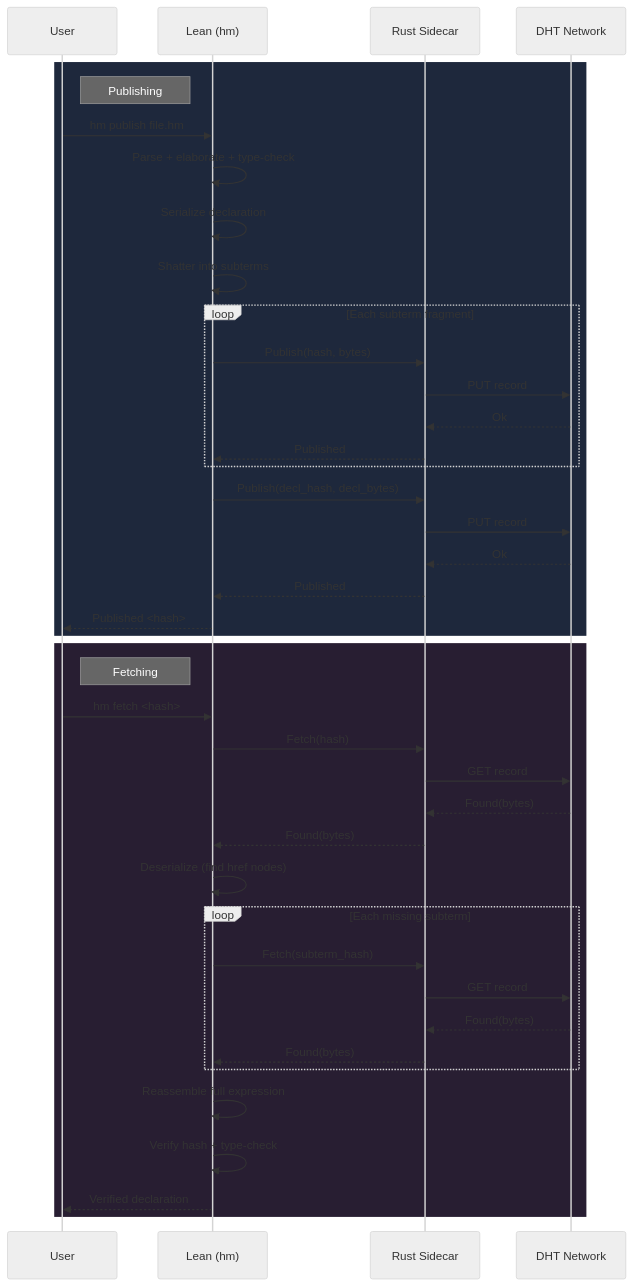
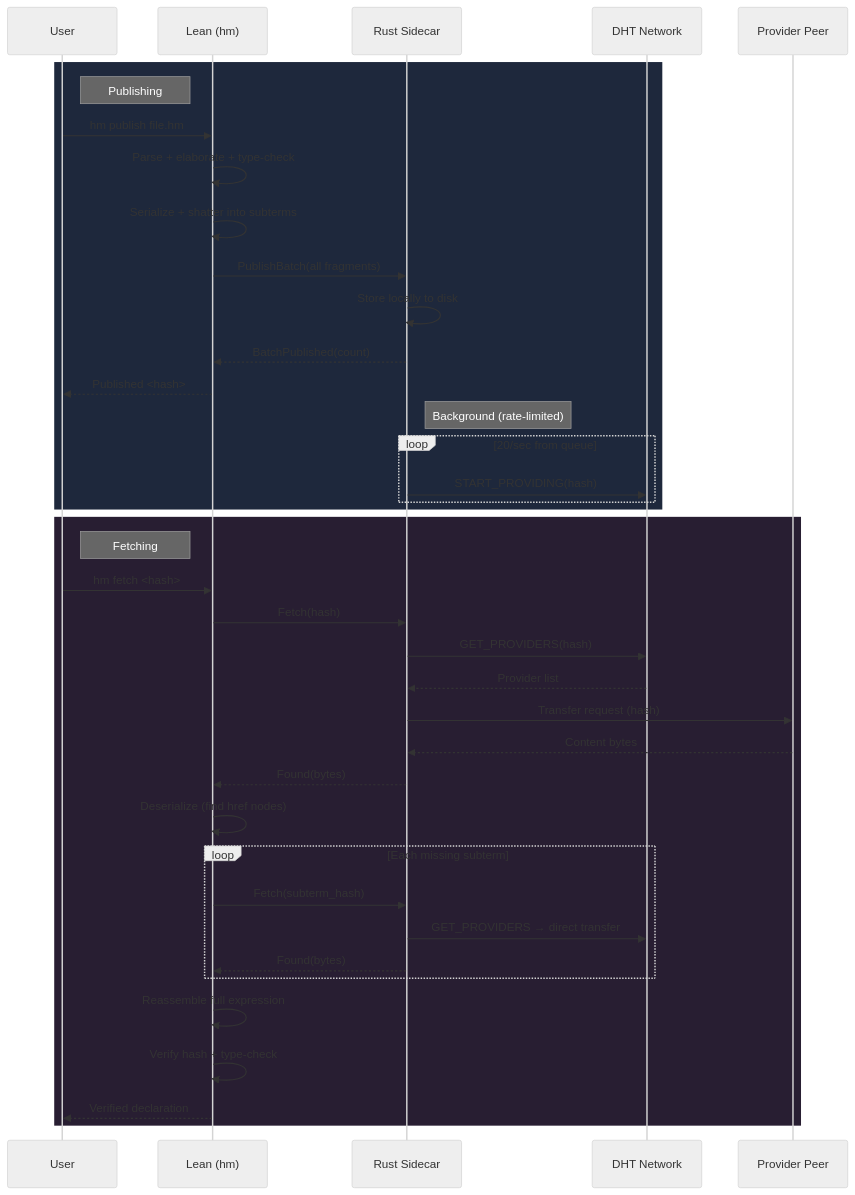
The fourth of 5 diagrams in README.md (SamuelSchlesinger/HashMath), drawn with Mermaid (neutral theme) before and after one commit. The commit also changed other lines of this file and 15 other files, not shown here.

First line of the commit message:
Switch DHT from full-record storage to provider records + direct transfer

````diff
--- a/README.md
+++ b/README.md
@@ -219,45 +235,43 @@
 ```mermaid
 sequenceDiagram
     participant U as User
     participant L as Lean (hm)
     participant R as Rust Sidecar
     participant D as DHT Network
+    participant P as Provider Peer
 
     rect rgb(30, 40, 60)
     note right of U: Publishing
     U->>L: hm publish file.hm
     L->>L: Parse + elaborate + type-check
-    L->>L: Serialize declaration
-    L->>L: Shatter into subterms
-    loop Each subterm fragment
-        L->>R: Publish(hash, bytes)
-        R->>D: PUT record
-        D-->>R: Ok
-        R-->>L: Published
+    L->>L: Serialize + shatter into subterms
+    L->>R: PublishBatch(all fragments)
+    R->>R: Store locally to disk
+    R-->>L: BatchPublished(count)
+    L-->>U: Published <hash>
+    note right of R: Background (rate-limited)
+    loop 20/sec from queue
+        R->>D: START_PROVIDING(hash)
     end
-    L->>R: Publish(decl_hash, decl_bytes)
-    R->>D: PUT record
-    D-->>R: Ok
-    R-->>L: Published
-    L-->>U: Published <hash>
     end
 
     rect rgb(40, 30, 50)
     note right of U: Fetching
     U->>L: hm fetch <hash>
     L->>R: Fetch(hash)
-    R->>D: GET record
-    D-->>R: Found(bytes)
+    R->>D: GET_PROVIDERS(hash)
+    D-->>R: Provider list
+    R->>P: Transfer request (hash)
+    P-->>R: Content bytes
     R-->>L: Found(bytes)
     L->>L: Deserialize (find href nodes)
     loop Each missing subterm
         L->>R: Fetch(subterm_hash)
-        R->>D: GET record
-        D-->>R: Found(bytes)
+        R->>D: GET_PROVIDERS → direct transfer
         R-->>L: Found(bytes)
     end
     L->>L: Reassemble full expression
     L->>L: Verify hash + type-check
     L-->>U: Verified declaration
     end
 ```
````
